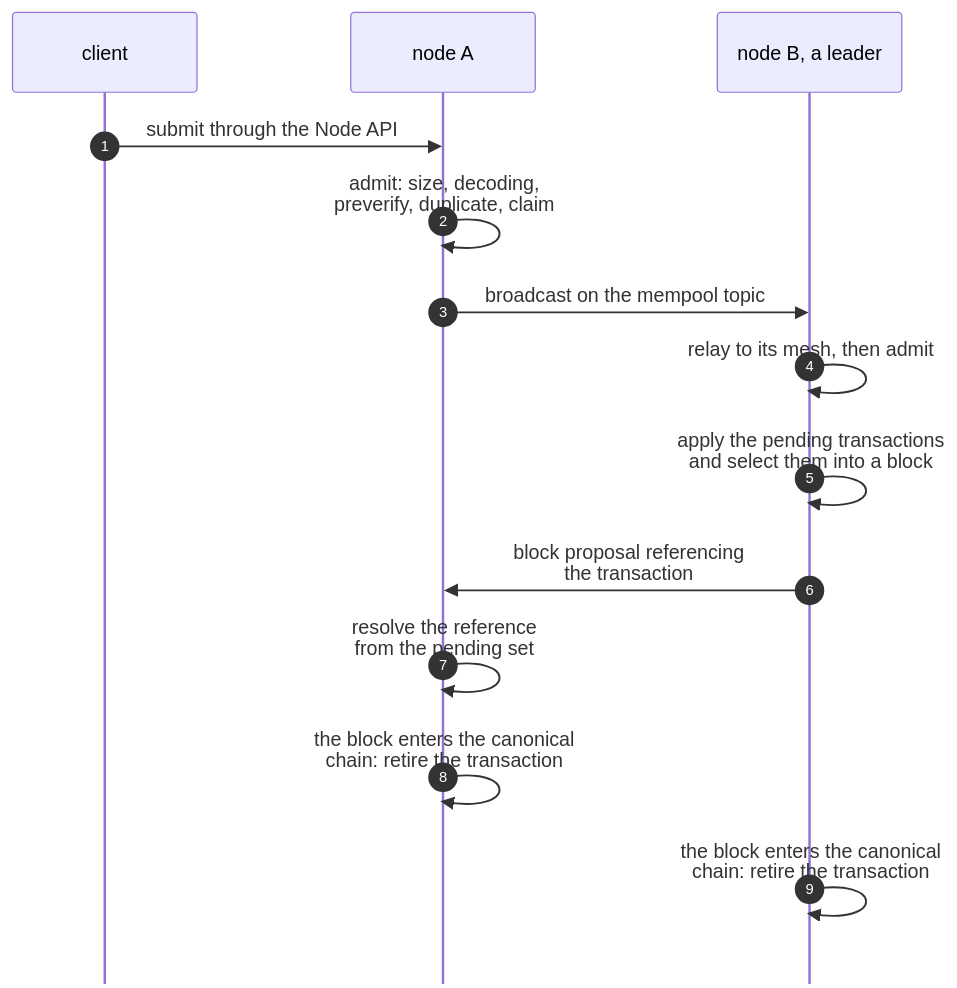
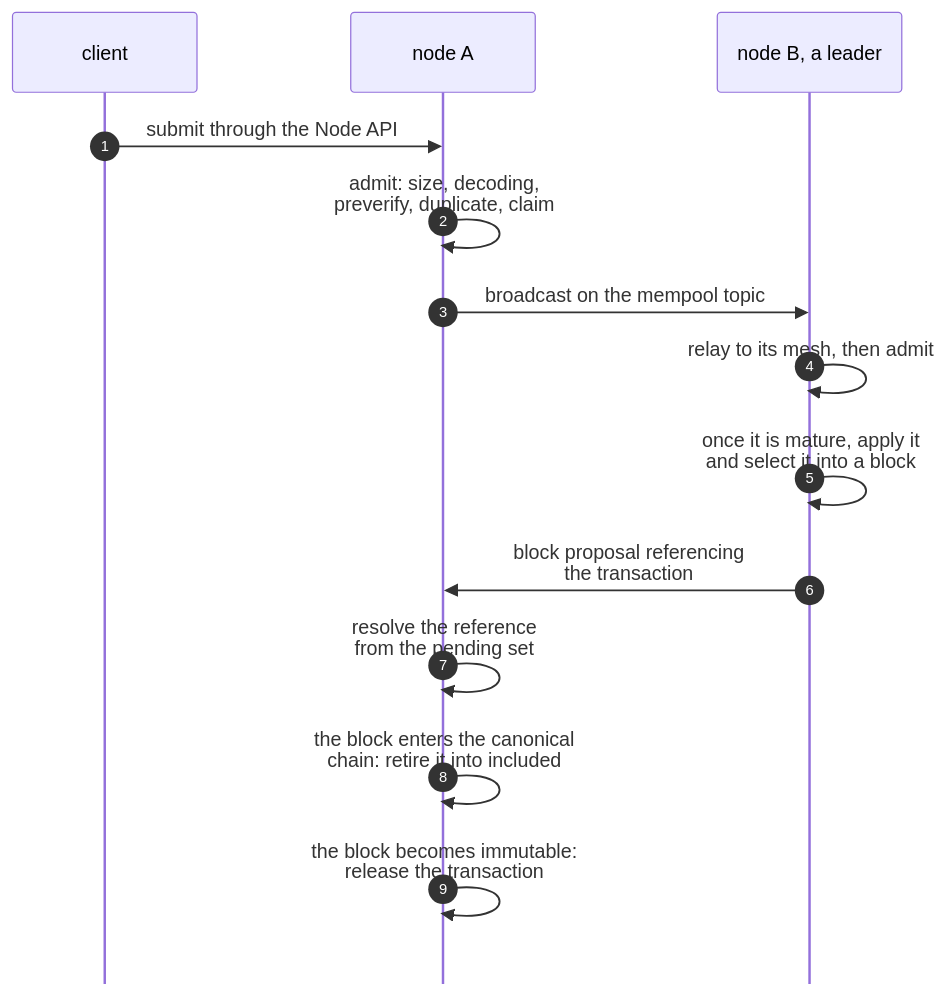
One commit to logos-co/logos-lips changed the fourth of 4 diagrams in docs/blockchain/raw/mempool.md. Above: the diagram before and after it, drawn with Mermaid. The commit also changed other lines of this file, not shown here.

First line of the commit message:
docs(blockchain): cover maturity, retention and release in the mempool Overview and Protocol

````diff
--- a/docs/blockchain/raw/mempool.md
+++ b/docs/blockchain/raw/mempool.md
@@ -147,21 +183,21 @@
 ```mermaid
 ---
 config:
   sequence:
     mirrorActors: false
 ---
 sequenceDiagram
     autonumber
     participant C as client
     participant A as node A
     participant B as node B, a leader
     C->>A: submit through the Node API
     A->>A: admit: size, decoding,<br/>preverify, duplicate, claim
     A->>B: broadcast on the mempool topic
     B->>B: relay to its mesh, then admit
-    B->>B: apply the pending transactions<br/>and select them into a block
+    B->>B: once it is mature, apply it<br/>and select it into a block
     B->>A: block proposal referencing<br/>the transaction
     A->>A: resolve the reference<br/>from the pending set
-    A->>A: the block enters the canonical<br/>chain: retire the transaction
-    B->>B: the block enters the canonical<br/>chain: retire the transaction
+    A->>A: the block enters the canonical<br/>chain: retire it into included
+    A->>A: the block becomes immutable:<br/>release the transaction
 ```
````
